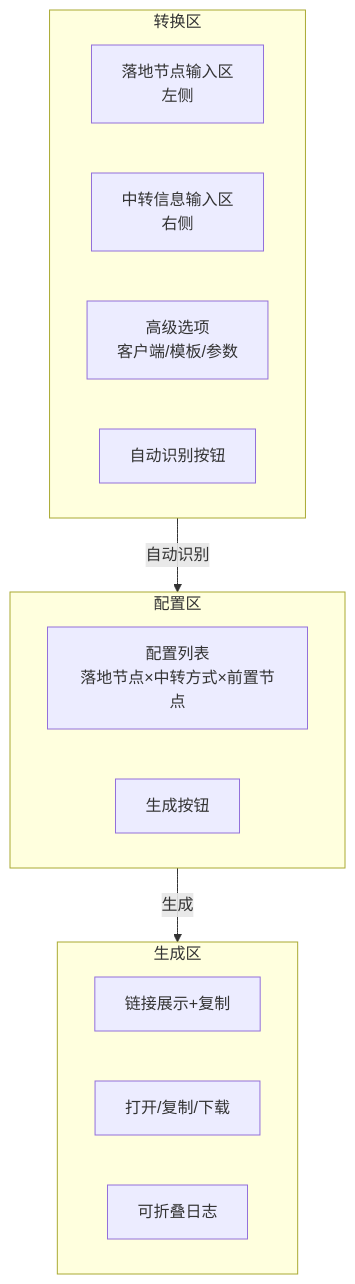
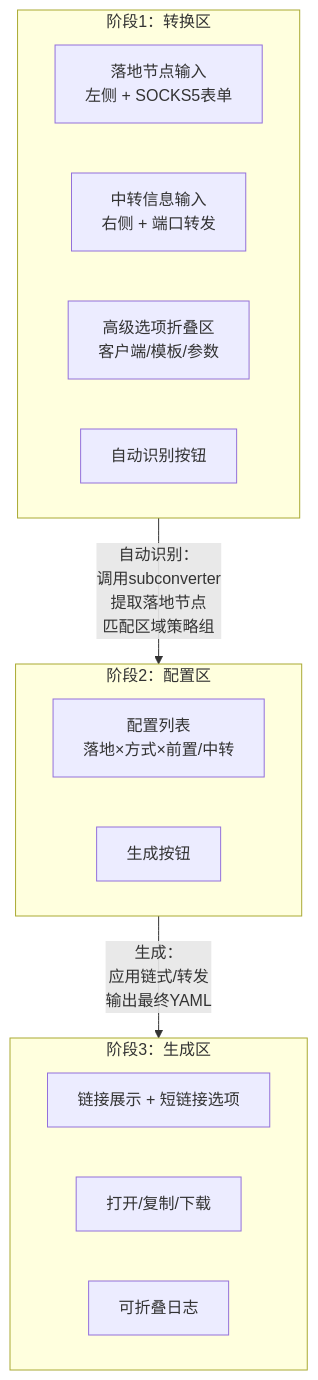
One commit to slackworker/chain-subconverter changed the second of 2 diagrams in docs/spec/01-overview.md. Above: the diagram before and after it, drawn with Mermaid. The commit also changed other lines of this file and 1 other file, not shown here.

````diff
--- a/docs/spec/01-overview.md
+++ b/docs/spec/01-overview.md
@@ -50,23 +51,23 @@
 ```mermaid
 flowchart TD
-  subgraph Stage1[转换区]
-    L1[落地节点输入区<br/>左侧]
-    T1[中转信息输入区<br/>右侧]
-    ADV[高级选项<br/>客户端/模板/参数]
+  subgraph Stage1[阶段1：转换区]
+    L1[落地节点输入<br/>左侧 + SOCKS5表单]
+    T1[中转信息输入<br/>右侧 + 端口转发]
+    ADV[高级选项折叠区<br/>客户端/模板/参数]
     BTN1[自动识别按钮]
   end
 
-  subgraph Stage2[配置区]
-    LIST[配置列表<br/>落地节点×中转方式×前置节点]
+  subgraph Stage2[阶段2：配置区]
+    LIST[配置列表<br/>落地×方式×前置/中转]
     BTN2[生成按钮]
   end
 
-  subgraph Stage3[生成区]
-    LINK[链接展示+复制]
+  subgraph Stage3[阶段3：生成区]
+    LINK[链接展示 + 短链接选项]
     ACTIONS[打开/复制/下载]
     LOG[可折叠日志]
   end
 
-  Stage1 -->|自动识别| Stage2
-  Stage2 -->|生成| Stage3
+  Stage1 -->|"自动识别：<br/>调用subconverter<br/>提取落地节点<br/>匹配区域策略组"| Stage2
+  Stage2 -->|"生成：<br/>应用链式/转发<br/>输出最终YAML"| Stage3
 ```
````
